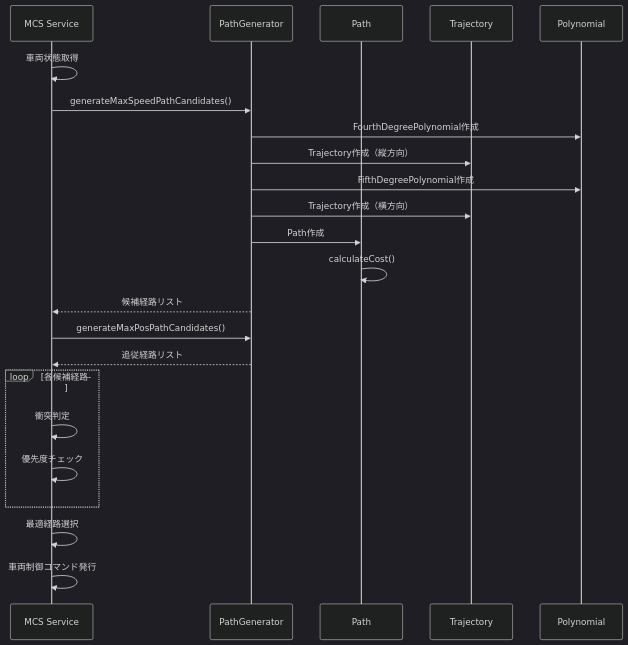
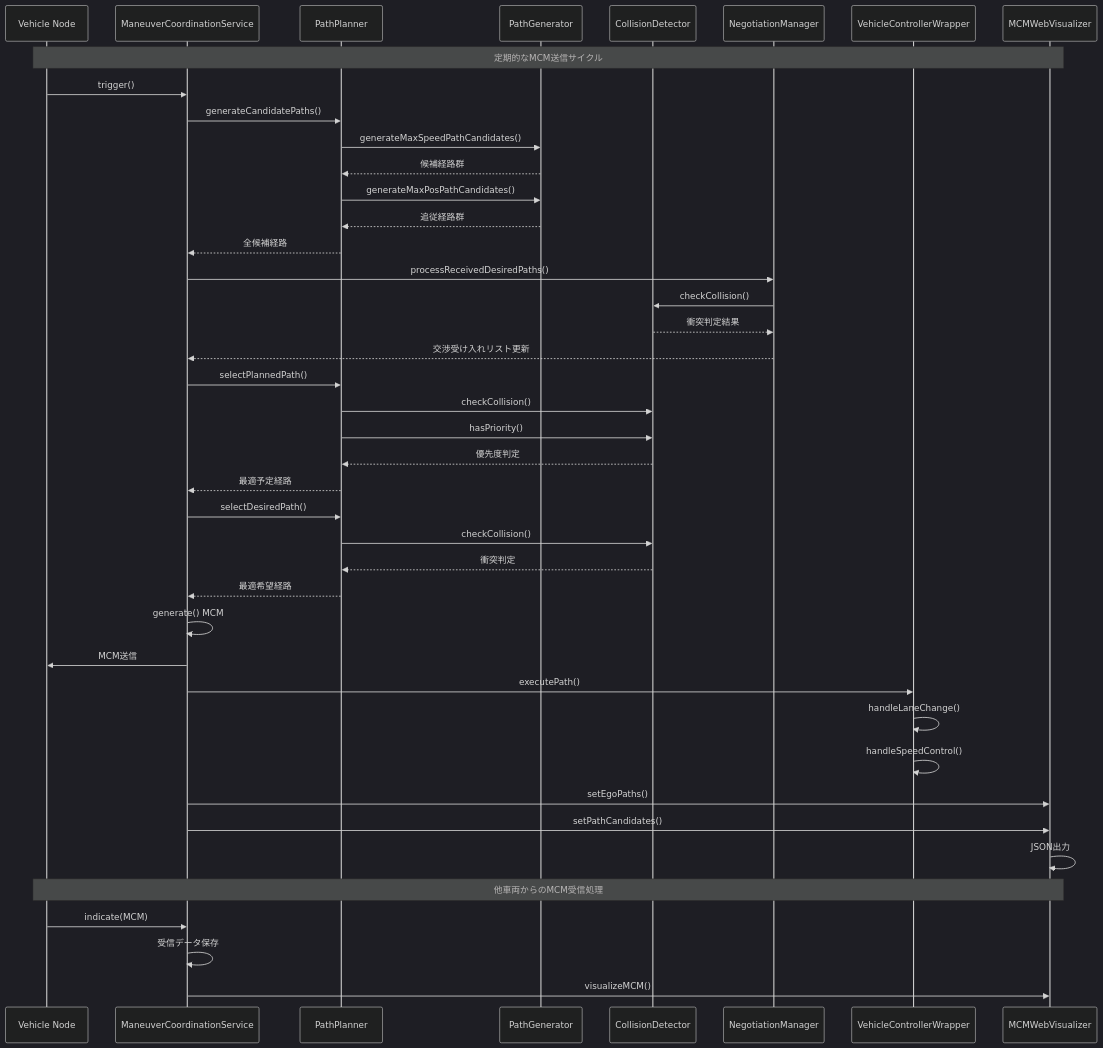
Before and after one commit to n7n788/OpenCV2X: the second of 2 diagrams in README.md, drawn with Mermaid (dark theme). The commit also changed other lines of this file, not shown here.

````diff
--- a/README.md
+++ b/README.md
@@ -190,29 +130,54 @@
 ```mermaid
 sequenceDiagram
-    participant MCS as MCS Service
+    participant Vehicle as Vehicle Node
+    participant MCS as ManeuverCoordinationService
+    participant PP as PathPlanner
     participant PG as PathGenerator
-    participant Path as Path
-    participant Traj as Trajectory
-    participant Poly as Polynomial
+    participant CD as CollisionDetector
+    participant NM as NegotiationManager
+    participant VCW as VehicleControllerWrapper
+    participant Viz as MCMWebVisualizer
 
-    MCS->>MCS: 車両状態取得
-    MCS->>PG: generateMaxSpeedPathCandidates()
-    PG->>Poly: FourthDegreePolynomial作成
-    PG->>Traj: Trajectory作成（縦方向）
-    PG->>Poly: FifthDegreePolynomial作成
-    PG->>Traj: Trajectory作成（横方向）
-    PG->>Path: Path作成
-    Path->>Path: calculateCost()
-    PG-->>MCS: 候補経路リスト
+    Note over Vehicle, Viz: 定期的なMCM送信サイクル
 
-    MCS->>PG: generateMaxPosPathCandidates()
-    PG-->>MCS: 追従経路リスト
+    Vehicle->>MCS: trigger()
+    MCS->>PP: generateCandidatePaths()
+    PP->>PG: generateMaxSpeedPathCandidates()
+    PG-->>PP: 候補経路群
+    PP->>PG: generateMaxPosPathCandidates()
+    PG-->>PP: 追従経路群
+    PP-->>MCS: 全候補経路
 
-    loop 各候補経路
-        MCS->>MCS: 衝突判定
-        MCS->>MCS: 優先度チェック
-    end
+    MCS->>NM: processReceivedDesiredPaths()
+    NM->>CD: checkCollision()
+    CD-->>NM: 衝突判定結果
+    NM-->>MCS: 交渉受け入れリスト更新
 
-    MCS->>MCS: 最適経路選択
-    MCS->>MCS: 車両制御コマンド発行
+    MCS->>PP: selectPlannedPath()
+    PP->>CD: checkCollision()
+    PP->>CD: hasPriority()
+    CD-->>PP: 優先度判定
+    PP-->>MCS: 最適予定経路
+
+    MCS->>PP: selectDesiredPath()
+    PP->>CD: checkCollision()
+    CD-->>PP: 衝突判定
+    PP-->>MCS: 最適希望経路
+
+    MCS->>MCS: generate() MCM
+    MCS->>Vehicle: MCM送信
+
+    MCS->>VCW: executePath()
+    VCW->>VCW: handleLaneChange()
+    VCW->>VCW: handleSpeedControl()
+
+    MCS->>Viz: setEgoPaths()
+    MCS->>Viz: setPathCandidates()
+    Viz->>Viz: JSON出力
+
+    Note over Vehicle, Viz: 他車両からのMCM受信処理
+
+    Vehicle->>MCS: indicate(MCM)
+    MCS->>MCS: 受信データ保存
+    MCS->>Viz: visualizeMCM()
 ```
````
